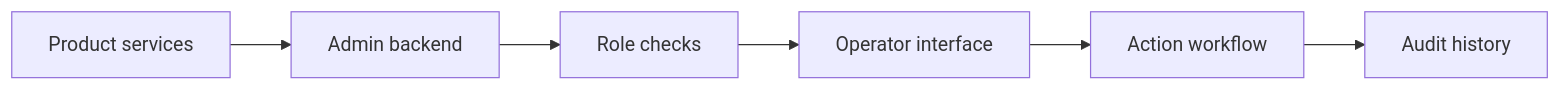
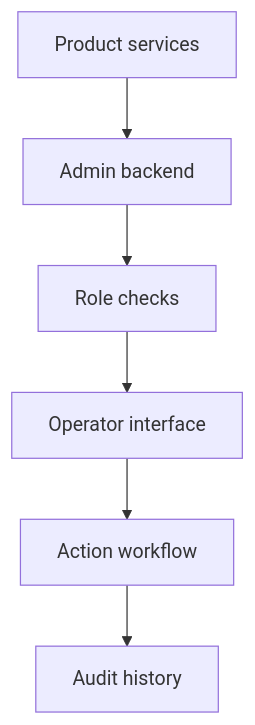
Before and after one commit to J0UH/operational-control-planes: the diagram in README.md, drawn with Mermaid.

Commit message:
docs: build visual project portfolio

````diff
--- a/README.md
+++ b/README.md
@@ -25,14 +25,14 @@
 ```mermaid
-flowchart LR
+flowchart TD
     n0["Product services"]
     n1["Admin backend"]
     n2["Role checks"]
     n3["Operator interface"]
     n4["Action workflow"]
     n5["Audit history"]
     n0 --> n1
     n1 --> n2
     n2 --> n3
     n3 --> n4
     n4 --> n5
 ```
````
